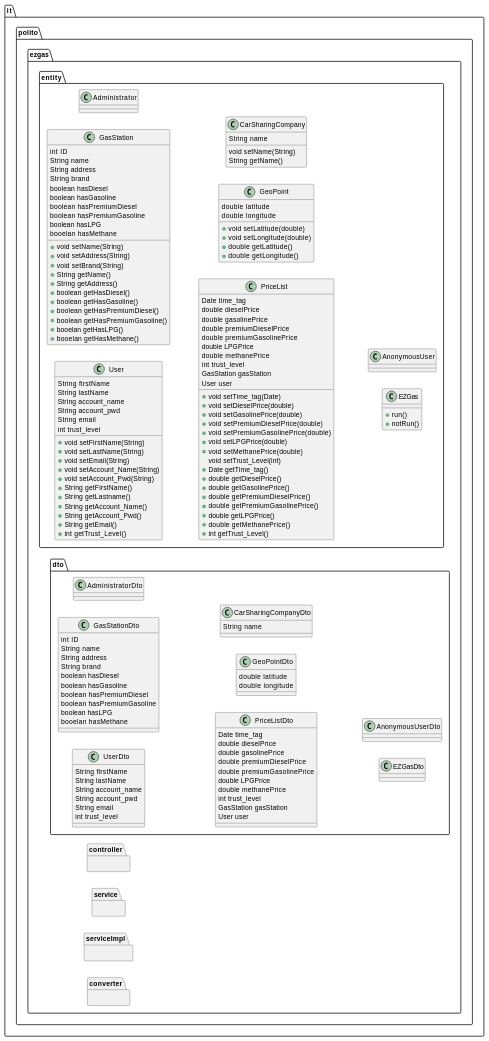
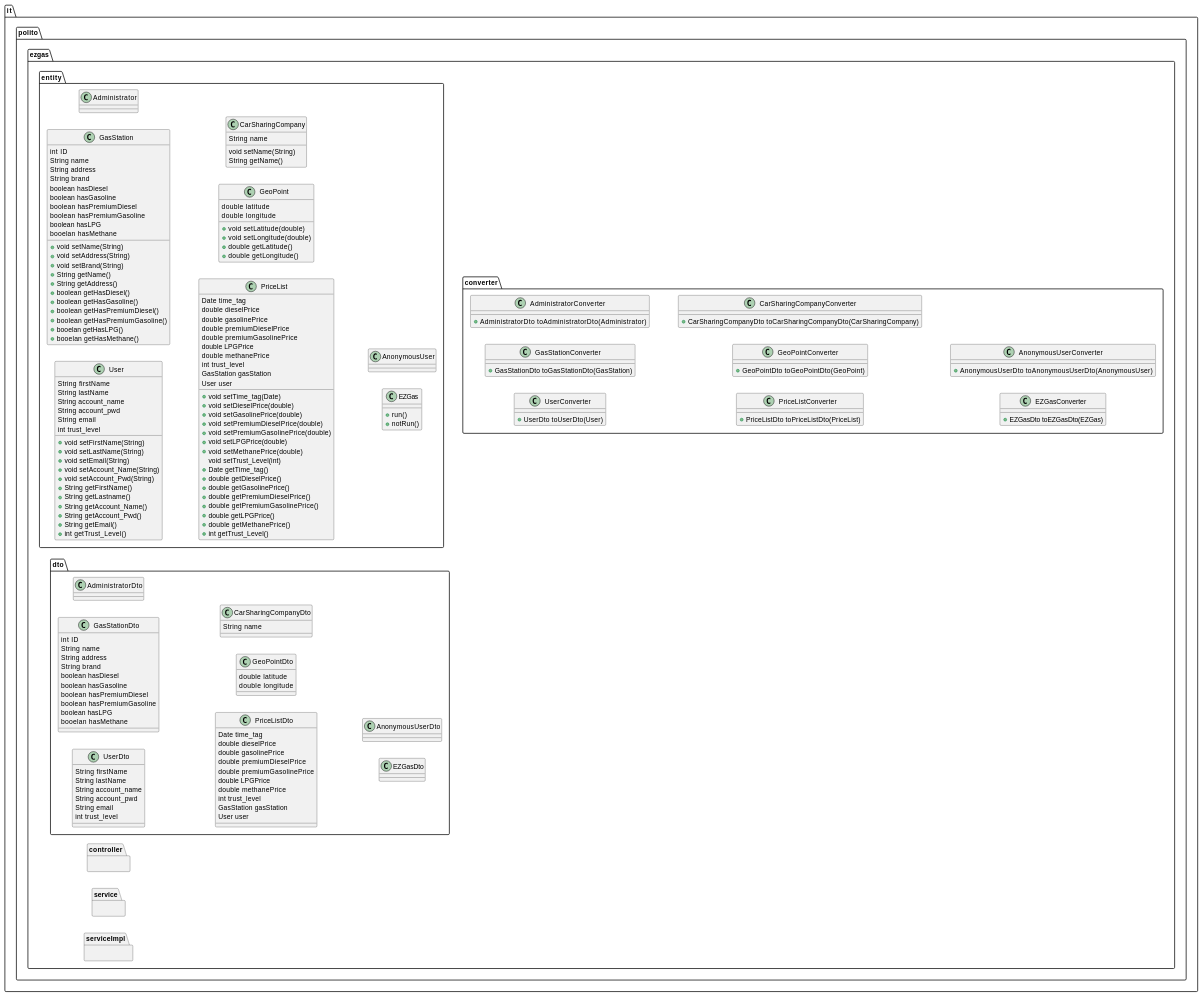
The fourth of 4 diagrams in docs/DesignDocument.md (LucaOddoneSE/EZGas), drawn with PlantUML before and after one commit.

Commit message:
docs:adding converter classes

```diff
--- a/docs/DesignDocument.md
+++ b/docs/DesignDocument.md
@@ -387,6 +387,30 @@
 }
 
 package "it.polito.ezgas.converter" {
+   class UserConverter {
+    +UserDto toUserDto(User)
+  }
+  class GasStationConverter {
+    +GasStationDto toGasStationDto(GasStation)
+  }
+  class AdministratorConverter {
+    +AdministratorDto toAdministratorDto(Administrator)
+  }
+  class PriceListConverter {
+    +PriceListDto toPriceListDto(PriceList)
+  }
+  class GeoPointConverter {
+    +GeoPointDto toGeoPointDto(GeoPoint)
+  }
+  class CarSharingCompanyConverter {
+    +CarSharingCompanyDto toCarSharingCompanyDto(CarSharingCompany)
+  }
+  class EZGasConverter {
+    +EZGasDto toEZGasDto(EZGas)
+  }
+  class AnonymousUserConverter {
+    +AnonymousUserDto toAnonymousUserDto(AnonymousUser)
+  }
 }
 
 @enduml
```
